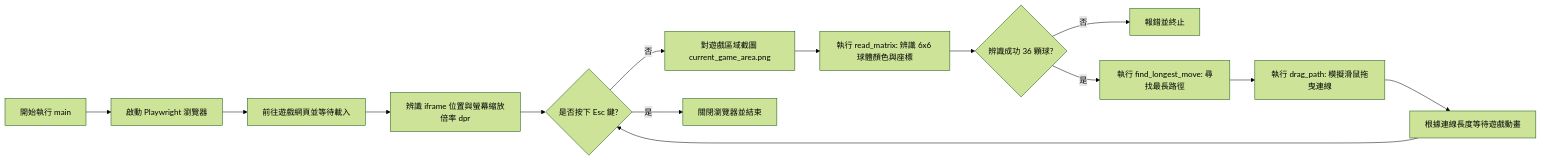
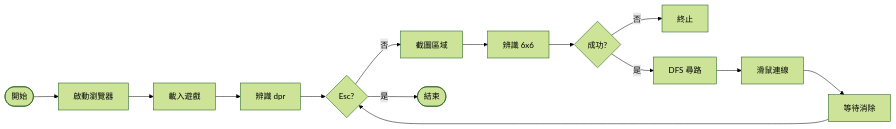
One commit to Yoyo-ace1110/Collect-Em-All changed the first of 2 diagrams in 流程圖.md. Above: the diagram before and after it, drawn with Mermaid (forest theme). The commit also changed other lines of this file, not shown here.

Commit message:
Refactor flowchart for clarity and structure

````diff
--- a/流程圖.md
+++ b/流程圖.md
@@ -6,16 +4,16 @@
 ```mermaid
 graph LR
-    A[開始執行 main] --> B[啟動 Playwright 瀏覽器]
-    B --> C[前往遊戲網頁並等待載入]
-    C --> D[辨識 iframe 位置與螢幕縮放倍率 dpr]
-    D --> E{是否按下 Esc 鍵?}
-    E -- 否 --> F[對遊戲區域截圖 current_game_area.png]
-    F --> G[執行 read_matrix: 辨識 6x6 球體顏色與座標]
-    G --> H{辨識成功 36 顆球?}
-    H -- 否 --> I[報錯並終止]
-    H -- 是 --> J[執行 find_longest_move: 尋找最長路徑]
-    J --> K[執行 drag_path: 模擬滑鼠拖曳連線]
-    K --> L[根據連線長度等待遊戲動畫]
+    A([開始]) --> B[啟動瀏覽器]
+    B --> C[載入遊戲]
+    C --> D[辨識 dpr]
+    D --> E{Esc?}
+    E -- 否 --> F[截圖區域]
+    F --> G[辨識 6x6]
+    G --> H{成功?}
+    H -- 否 --> I[終止]
+    H -- 是 --> J[DFS 尋路]
+    J --> K[滑鼠連線]
+    K --> L[等待消除]
     L --> E
-    E -- 是 --> M[關閉瀏覽器並結束]
+    E -- 是 --> M([結束])
 ```
````
